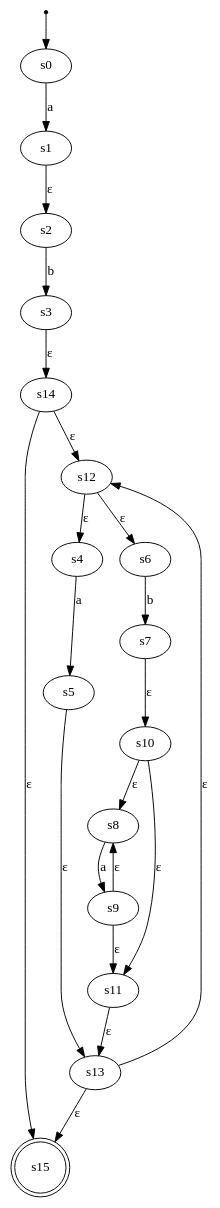
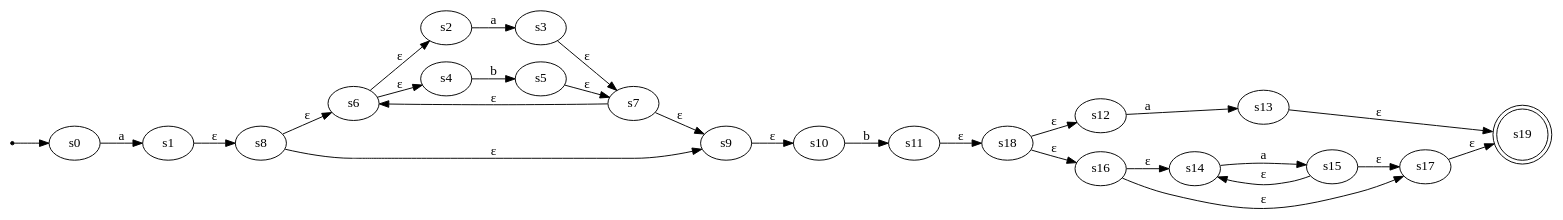
One commit to ahmetfurkaann/OtomataProje changed the diagram in Graphviz.dot. Above: the diagram before and after it, drawn with Graphviz. The commit also changed 23 other files, not shown here.

```diff
--- a/Graphviz.dot
+++ b/Graphviz.dot
@@ -1,25 +1,31 @@
 digraph "graph" {
+rankdir = LR;
 start [shape=point]
 start -> s0
-s15[shape= doublecircle]
+s19[shape= doublecircle]
 s0 -> s1 [label= "a"]
-s2 -> s3 [label= "b"]
-s1 -> s2 [label= "ε"]
-s4 -> s5 [label= "a"]
-s6 -> s7 [label= "b"]
-s8 -> s9 [label= "a"]
-s10 -> s11 [label= "ε"]
-s10 -> s8 [label= "ε"]
-s9 -> s11 [label= "ε"]
-s9 -> s8 [label= "ε"]
-s7 -> s10 [label= "ε"]
-s12 -> s4 [label= "ε"]
-s12 -> s6 [label= "ε"]
-s5 -> s13 [label= "ε"]
-s11 -> s13 [label= "ε"]
-s14 -> s15 [label= "ε"]
-s14 -> s12 [label= "ε"]
-s13 -> s15 [label= "ε"]
-s13 -> s12 [label= "ε"]
-s3 -> s14 [label= "ε"]
+s2 -> s3 [label= "a"]
+s4 -> s5 [label= "b"]
+s6 -> s2 [label= "ε"]
+s6 -> s4 [label= "ε"]
+s3 -> s7 [label= "ε"]
+s5 -> s7 [label= "ε"]
+s8 -> s9 [label= "ε"]
+s8 -> s6 [label= "ε"]
+s7 -> s9 [label= "ε"]
+s7 -> s6 [label= "ε"]
+s1 -> s8 [label= "ε"]
+s10 -> s11 [label= "b"]
+s9 -> s10 [label= "ε"]
+s12 -> s13 [label= "a"]
+s14 -> s15 [label= "a"]
+s16 -> s17 [label= "ε"]
+s16 -> s14 [label= "ε"]
+s15 -> s17 [label= "ε"]
+s15 -> s14 [label= "ε"]
+s18 -> s12 [label= "ε"]
+s18 -> s16 [label= "ε"]
+s13 -> s19 [label= "ε"]
+s17 -> s19 [label= "ε"]
+s11 -> s18 [label= "ε"]
 }
```
